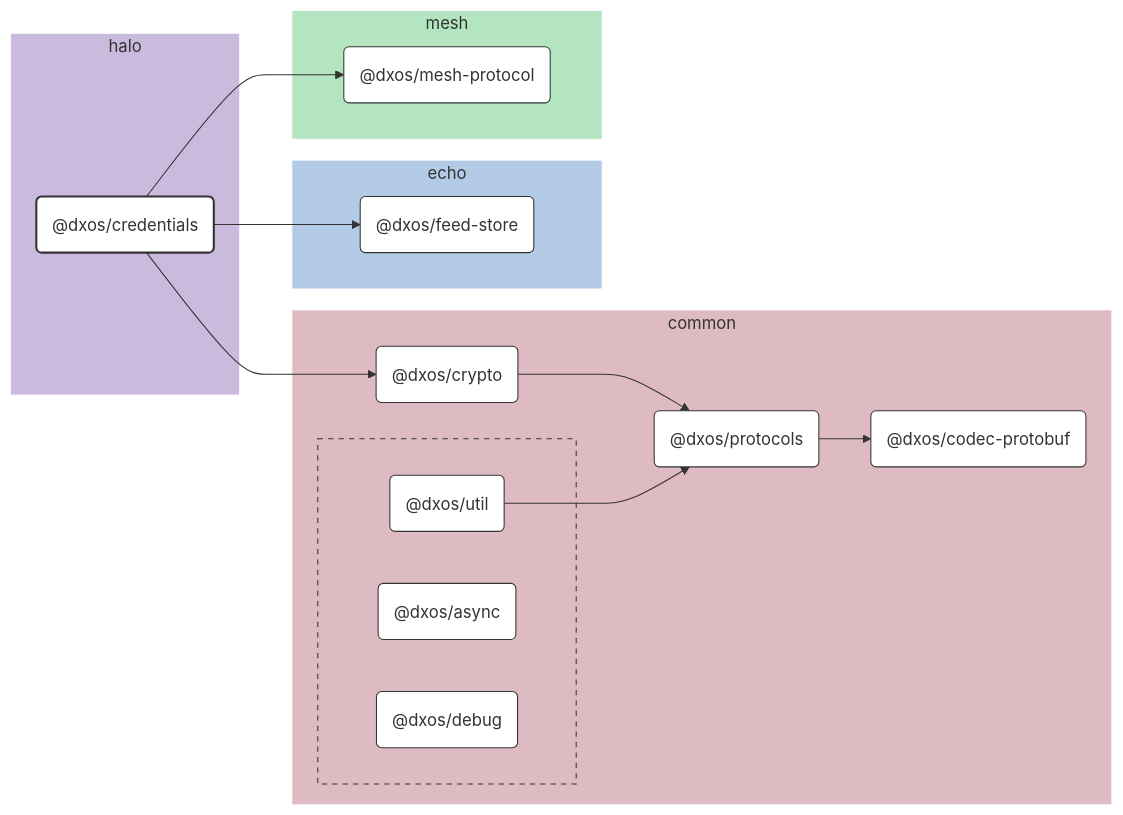
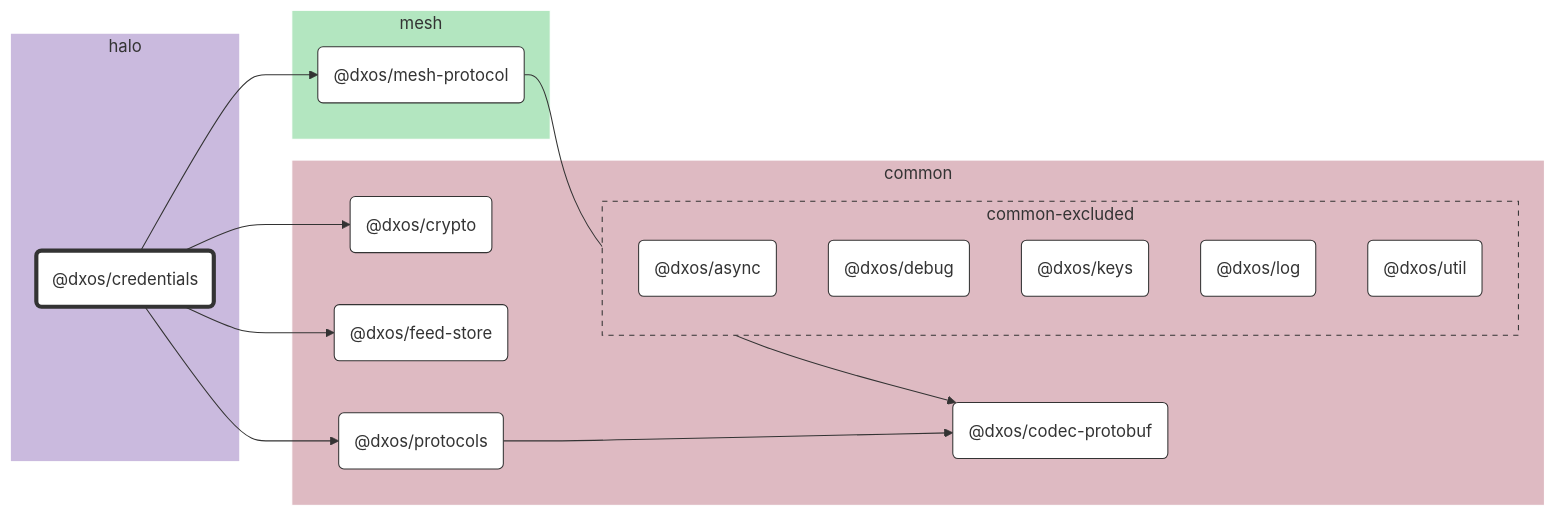
One commit to dxos/dxos changed the diagram in packages/halo/credentials/docs/README.md. Above: the diagram before and after it, drawn with Mermaid. The commit also changed other lines of this file and 683 other files, not shown here.

````diff
--- a/packages/halo/credentials/docs/README.md
+++ b/packages/halo/credentials/docs/README.md
@@ -7,75 +7,58 @@
 ```mermaid
 %%{ init: {'flowchart':{'curve':'basis'}} }%%
 
 flowchart LR
 
-%% Links
-dxos/credentials --> dxos/crypto;
-dxos/credentials --> dxos/feed-store;
-dxos/credentials --> dxos/mesh-protocol;
-dxos/crypto --> dxos/protocols;
-dxos/protocols --> dxos/codec-protobuf;
-dxos/util --> dxos/protocols;
+%% Classes
+classDef def fill:#fff,stroke:#333,stroke-width:1px
+classDef root fill:#fff,stroke:#333,stroke-width:4px
 
-%% Sections
-subgraph halo
-  style halo fill:#cabade,stroke:#fff;
+%% Nodes
 
-  dxos/credentials("@dxos/credentials")
+subgraph halo [halo]
+  style halo fill:#cabade,stroke:#fff
+  dxos/credentials("@dxos/credentials"):::root
+  click dxos/credentials "dxos/dxos/tree/main/packages/halo/credentials/docs"
 end
 
-subgraph common
-  style common fill:#debac2,stroke:#fff;
+subgraph common [common]
+  style common fill:#debac2,stroke:#fff
+  dxos/codec-protobuf("@dxos/codec-protobuf"):::def
+  click dxos/codec-protobuf "dxos/dxos/tree/main/packages/common/codec-protobuf/docs"
+  dxos/crypto("@dxos/crypto"):::def
+  click dxos/crypto "dxos/dxos/tree/main/packages/common/crypto/docs"
+  dxos/feed-store("@dxos/feed-store"):::def
+  click dxos/feed-store "dxos/dxos/tree/main/packages/common/feed-store/docs"
+  dxos/protocols("@dxos/protocols"):::def
+  click dxos/protocols "dxos/dxos/tree/main/packages/common/protocols/docs"
 
-  dxos/codec-protobuf("@dxos/codec-protobuf")
-  dxos/crypto("@dxos/crypto")
-  dxos/protocols("@dxos/protocols")
-
-  subgraph common-excluded [ ]
-    style common-excluded fill:#debac2,stroke:#333,stroke-dasharray:5 5;
-
-    dxos/async("@dxos/async")
-    dxos/debug("@dxos/debug")
-    dxos/util("@dxos/util")
+  subgraph common-excluded [common-excluded]
+    style common-excluded fill:#debac2,stroke:#333,stroke-dasharray:5 5
+    dxos/async("@dxos/async"):::def
+    click dxos/async "dxos/dxos/tree/main/packages/common/async/docs"
+    dxos/debug("@dxos/debug"):::def
+    click dxos/debug "dxos/dxos/tree/main/packages/common/debug/docs"
+    dxos/keys("@dxos/keys"):::def
+    click dxos/keys "dxos/dxos/tree/main/packages/common/keys/docs"
+    dxos/log("@dxos/log"):::def
+    click dxos/log "dxos/dxos/tree/main/packages/common/log/docs"
+    dxos/util("@dxos/util"):::def
+    click dxos/util "dxos/dxos/tree/main/packages/common/util/docs"
   end
 end
 
-subgraph echo
-  style echo fill:#b3cae6,stroke:#fff;
-
-  dxos/feed-store("@dxos/feed-store")
+subgraph mesh [mesh]
+  style mesh fill:#b3e6c0,stroke:#fff
+  dxos/mesh-protocol("@dxos/mesh-protocol"):::def
+  click dxos/mesh-protocol "dxos/dxos/tree/main/packages/mesh/mesh-protocol/docs"
 end
 
-subgraph mesh
-  style mesh fill:#b3e6c0,stroke:#fff;
-
-  dxos/mesh-protocol("@dxos/mesh-protocol")
-end
-
-
-%% Hyperlinks
-click dxos/async "dxos/dxos/tree/main/packages/common/async/docs";
-click dxos/codec-protobuf "dxos/dxos/tree/main/packages/common/codec-protobuf/docs";
-click dxos/crypto "dxos/dxos/tree/main/packages/common/crypto/docs";
-click dxos/debug "dxos/dxos/tree/main/packages/common/debug/docs";
-click dxos/feed-store "dxos/dxos/tree/main/packages/echo/feed-store/docs";
-click dxos/mesh-protocol "dxos/dxos/tree/main/packages/mesh/mesh-protocol/docs";
-click dxos/protocols "dxos/dxos/tree/main/packages/common/protocols/docs";
-click dxos/util "dxos/dxos/tree/main/packages/common/util/docs";
-
-%% Styles
-classDef rootNode fill:#fff,stroke:#333,stroke-width:2px
-classDef defaultNode fill:#fff,stroke:#333,stroke-width:1px
+%% Links
 linkStyle default stroke:#333,stroke-width:1px
-
-dxos/credentials:::rootNode
-
-dxos/async:::defaultNode
-dxos/codec-protobuf:::defaultNode
-dxos/crypto:::defaultNode
-dxos/debug:::defaultNode
-dxos/feed-store:::defaultNode
-dxos/mesh-protocol:::defaultNode
-dxos/protocols:::defaultNode
-dxos/util:::defaultNode
+dxos/credentials --> dxos/crypto
+dxos/credentials --> dxos/feed-store
+dxos/credentials --> dxos/mesh-protocol
+dxos/mesh-protocol --> dxos/codec-protobuf
+dxos/credentials --> dxos/protocols
+dxos/protocols --> dxos/codec-protobuf
 ```
````
